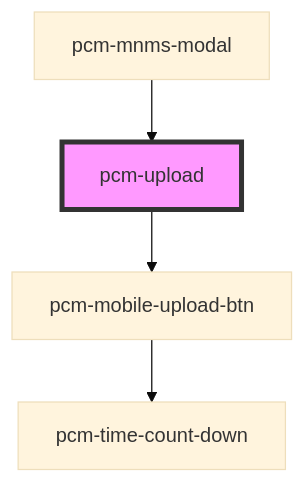
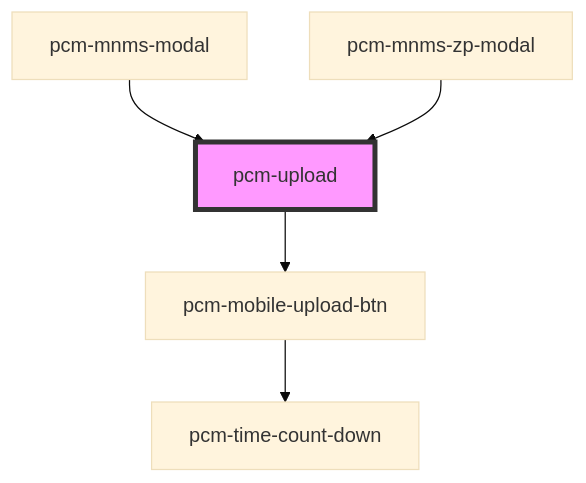
The diagram in packages/pcm-agents/docs/components/pcm-upload/readme.md (Pincaimao/pcm-agents-sdk), drawn with Mermaid (base theme) before and after one commit. The commit also changed other lines of this file and 3 other files, not shown here.

````diff
--- a/packages/pcm-agents/docs/components/pcm-upload/readme.md
+++ b/packages/pcm-agents/docs/components/pcm-upload/readme.md
@@ -51,7 +52,8 @@
 ```mermaid
 graph TD;
   pcm-upload --> pcm-mobile-upload-btn
   pcm-mobile-upload-btn --> pcm-time-count-down
   pcm-mnms-modal --> pcm-upload
+  pcm-mnms-zp-modal --> pcm-upload
   style pcm-upload fill:#f9f,stroke:#333,stroke-width:4px
 ```
````
